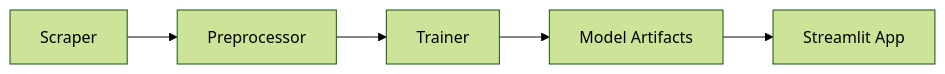
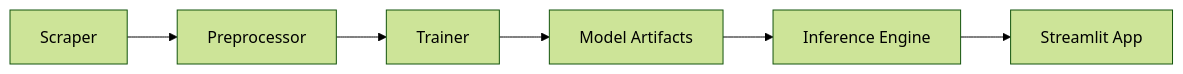
The diagram in ARCHITECTURE.md (Asifdotexe/AniMate), drawn with Mermaid (forest theme) before and after one commit. The commit also changed other lines of this file and 3 other files, not shown here.

Commit message:
#40 feat: Implement a dedicated training pipeline and inference engine, and integrate the engine into the Streamlit app while updating the architecture documentation.

````diff
--- a/ARCHITECTURE.md
+++ b/ARCHITECTURE.md
@@ -6,7 +6,8 @@
 ```mermaid
 graph LR
     A[Scraper] --> B[Preprocessor]
     B --> C[Trainer]
     C --> D[Model Artifacts]
-    D --> E[Streamlit App]
+    D --> F[Inference Engine]
+    F --> E[Streamlit App]
 ```
````
